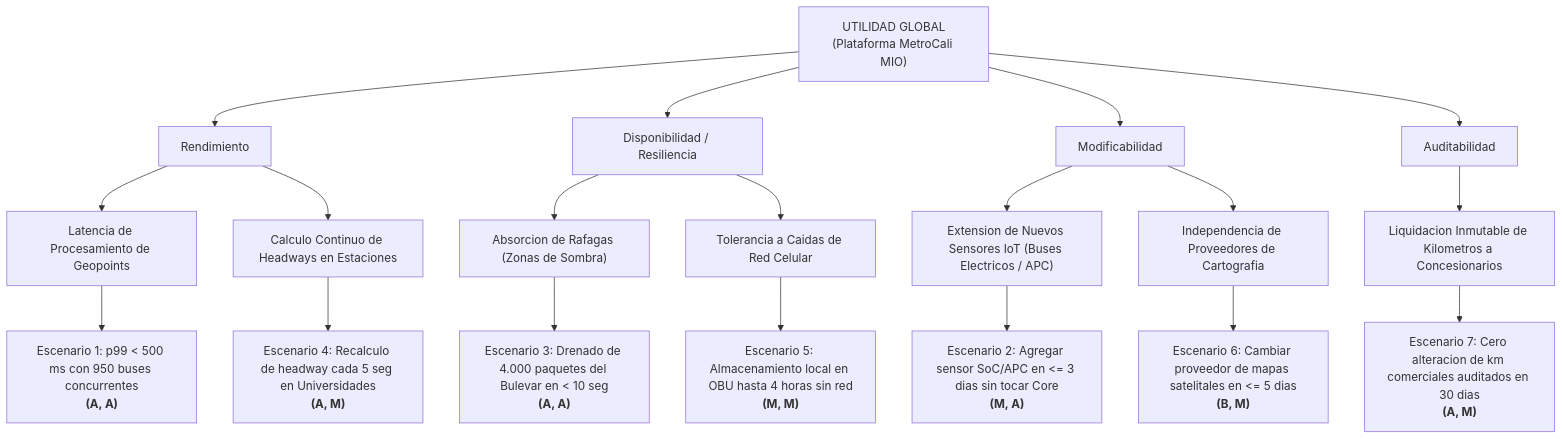
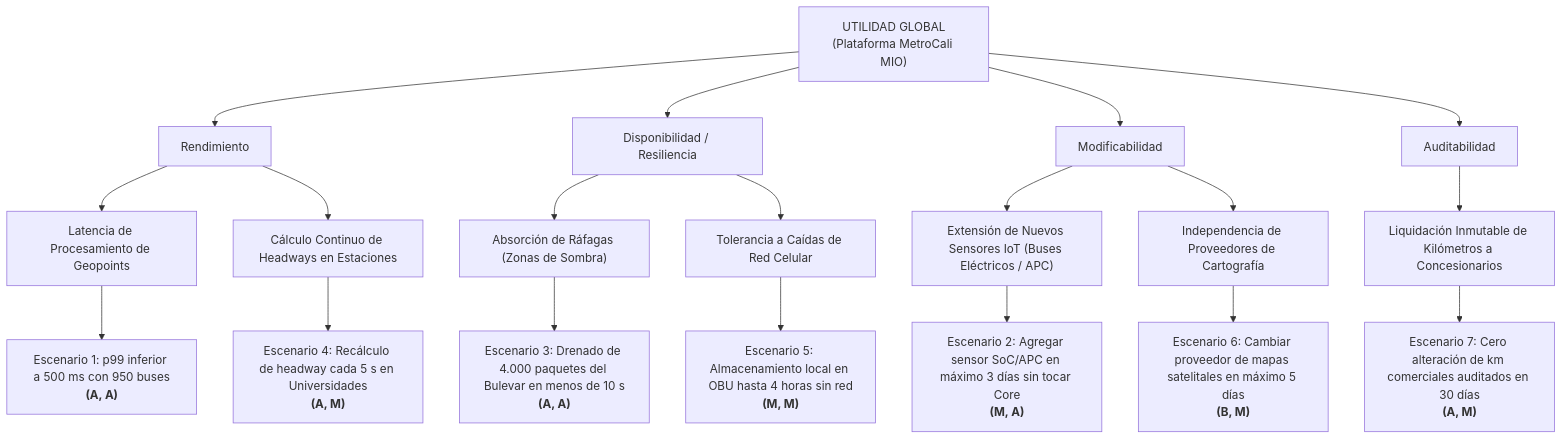
The seventh of 8 diagrams in docs/diseno-de-software-1/semana-1/03-drivers-asrs-escenarios.md (Kelocoes/docukelo-icesi), drawn with Mermaid before and after one commit. The commit also changed other lines of this file and 3 other files, not shown here.

Commit message:
docs(diseno-1): actualizar guias 02 y 03 con diagramas SVG optimizados, OCP y escenarios SEI

````diff
--- a/docs/diseno-de-software-1/semana-1/03-drivers-asrs-escenarios.md
+++ b/docs/diseno-de-software-1/semana-1/03-drivers-asrs-escenarios.md
@@ -314,26 +345,26 @@
 ```mermaid
 graph TD
     U["UTILIDAD GLOBAL<br/>(Plataforma MetroCali MIO)"] --> QA1["Rendimiento"]
     U --> QA2["Disponibilidad / Resiliencia"]
     U --> QA3["Modificabilidad"]
     U --> QA4["Auditabilidad"]
 
     QA1 --> R11["Latencia de Procesamiento de Geopoints"]
-    QA1 --> R12["Calculo Continuo de Headways en Estaciones"]
+    QA1 --> R12["Cálculo Continuo de Headways en Estaciones"]
 
-    QA2 --> R21["Absorcion de Rafagas (Zonas de Sombra)"]
-    QA2 --> R22["Tolerancia a Caidas de Red Celular"]
+    QA2 --> R21["Absorción de Ráfagas (Zonas de Sombra)"]
+    QA2 --> R22["Tolerancia a Caídas de Red Celular"]
 
-    QA3 --> R31["Extension de Nuevos Sensores IoT (Buses Electricos / APC)"]
-    QA3 --> R32["Independencia de Proveedores de Cartografia"]
+    QA3 --> R31["Extensión de Nuevos Sensores IoT (Buses Eléctricos / APC)"]
+    QA3 --> R32["Independencia de Proveedores de Cartografía"]
 
-    QA4 --> R41["Liquidacion Inmutable de Kilometros a Concesionarios"]
+    QA4 --> R41["Liquidación Inmutable de Kilómetros a Concesionarios"]
 
-    R11 --> S1["Escenario 1: p99 < 500 ms con 950 buses concurrentes<br/><b>(A, A)</b>"]
-    R12 --> S2["Escenario 4: Recalculo de headway cada 5 seg en Universidades<br/><b>(A, M)</b>"]
-    R21 --> S3["Escenario 3: Drenado de 4.000 paquetes del Bulevar en < 10 seg<br/><b>(A, A)</b>"]
+    R11 --> S1["Escenario 1: p99 inferior a 500 ms con 950 buses<br/><b>(A, A)</b>"]
+    R12 --> S2["Escenario 4: Recálculo de headway cada 5 s en Universidades<br/><b>(A, M)</b>"]
+    R21 --> S3["Escenario 3: Drenado de 4.000 paquetes del Bulevar en menos de 10 s<br/><b>(A, A)</b>"]
     R22 --> S4["Escenario 5: Almacenamiento local en OBU hasta 4 horas sin red<br/><b>(M, M)</b>"]
-    R31 --> S5["Escenario 2: Agregar sensor SoC/APC en <= 3 dias sin tocar Core<br/><b>(M, A)</b>"]
-    R32 --> S6["Escenario 6: Cambiar proveedor de mapas satelitales en <= 5 dias<br/><b>(B, M)</b>"]
-    R41 --> S7["Escenario 7: Cero alteracion de km comerciales auditados en 30 dias<br/><b>(A, M)</b>"]
+    R31 --> S5["Escenario 2: Agregar sensor SoC/APC en máximo 3 días sin tocar Core<br/><b>(M, A)</b>"]
+    R32 --> S6["Escenario 6: Cambiar proveedor de mapas satelitales en máximo 5 días<br/><b>(B, M)</b>"]
+    R41 --> S7["Escenario 7: Cero alteración de km comerciales auditados en 30 días<br/><b>(A, M)</b>"]
 ```
````
